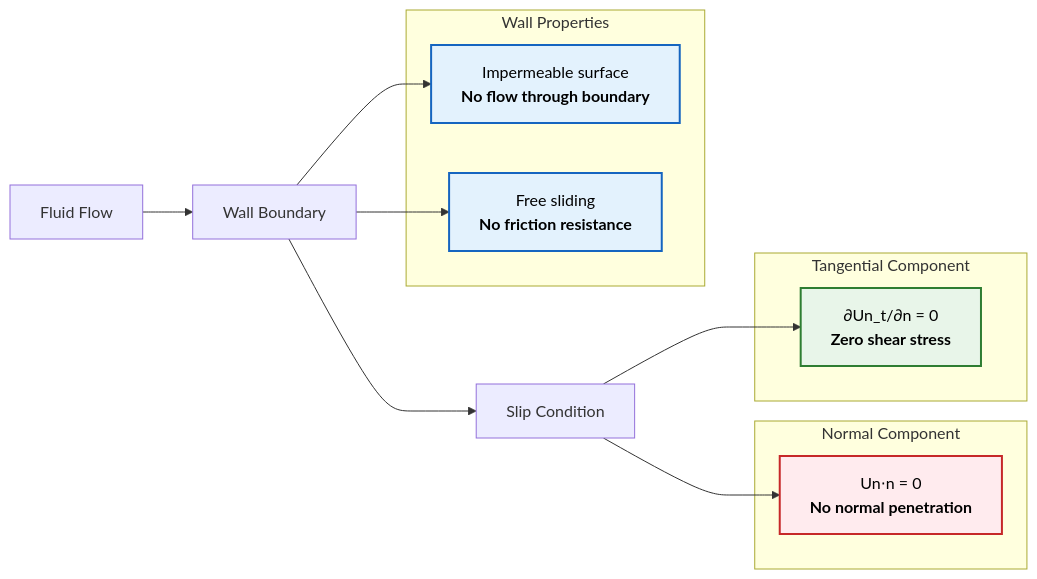
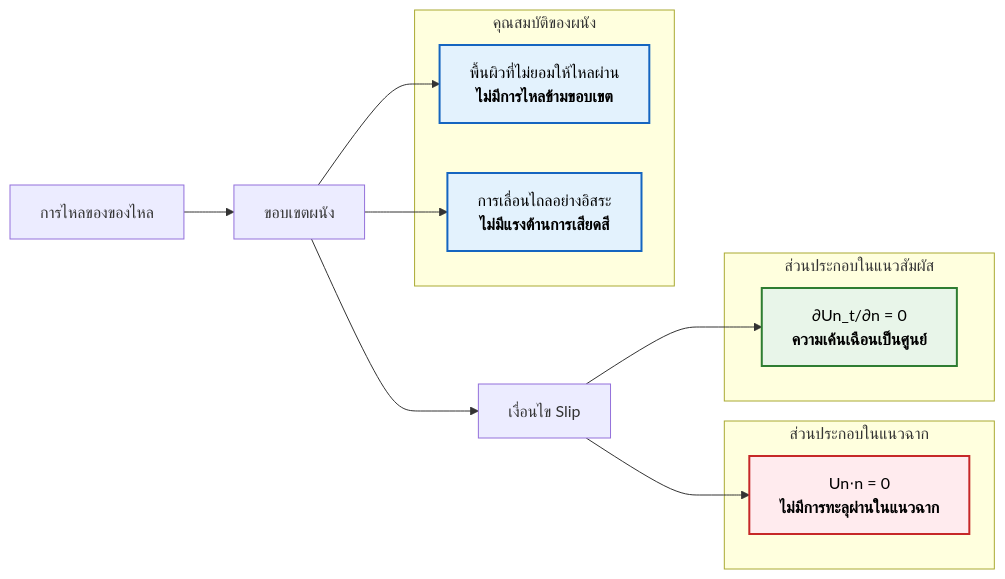
One commit to wramet/build-my-cfd changed the second of 3 diagrams in MODULE_01_CFD_FUNDAMENTALS/CONTENT/03_BOUNDARY_CONDITIONS/05_Common_Boundary_Conditions_in_OpenFOAM.md. Above: the diagram before and after it, drawn with Mermaid. The commit also changed other lines of this file and 104 other files, not shown here.

````diff
--- a/MODULE_01_CFD_FUNDAMENTALS/CONTENT/03_BOUNDARY_CONDITIONS/05_Common_Boundary_Conditions_in_OpenFOAM.md
+++ b/MODULE_01_CFD_FUNDAMENTALS/CONTENT/03_BOUNDARY_CONDITIONS/05_Common_Boundary_Conditions_in_OpenFOAM.md
@@ -211,27 +210,27 @@
 ```mermaid
 graph LR
-    A["Fluid Flow"] --> B["Wall Boundary"]
-    B --> C["Slip Condition"]
+    A["การไหลของของไหล"] --> B["ขอบเขตผนัง"]
+    B --> C["เงื่อนไข Slip"]
 
-    subgraph "Normal Component"
-        N1["Un⋅n = 0<br/><b>No normal penetration</b>"]
+    subgraph "ส่วนประกอบในแนวฉาก"
+        N1["Un⋅n = 0<br/><b>ไม่มีการทะลุผ่านในแนวฉาก</b>"]
         style N1 fill:#ffebee,stroke:#c62828,stroke-width:2px,color:#000
     end
 
-    subgraph "Tangential Component"
-        T1["∂Un_t/∂n = 0<br/><b>Zero shear stress</b>"]
+    subgraph "ส่วนประกอบในแนวสัมผัส"
+        T1["∂Un_t/∂n = 0<br/><b>ความเค้นเฉือนเป็นศูนย์</b>"]
         style T1 fill:#e8f5e9,stroke:#2e7d32,stroke-width:2px,color:#000
     end
 
-    subgraph "Wall Properties"
-        W1["Impermeable surface<br/><b>No flow through boundary</b>"]
-        W2["Free sliding<br/><b>No friction resistance</b>"]
+    subgraph "คุณสมบัติของผนัง"
+        W1["พื้นผิวที่ไม่ยอมให้ไหลผ่าน<br/><b>ไม่มีการไหลข้ามขอบเขต</b>"]
+        W2["การเลื่อนไถลอย่างอิสระ<br/><b>ไม่มีแรงต้านการเสียดสี</b>"]
         style W1 fill:#e3f2fd,stroke:#1565c0,stroke-width:2px,color:#000
         style W2 fill:#e3f2fd,stroke:#1565c0,stroke-width:2px,color:#000
     end
 
     C --> N1
     C --> T1
     B --> W1
     B --> W2
 ```
````
